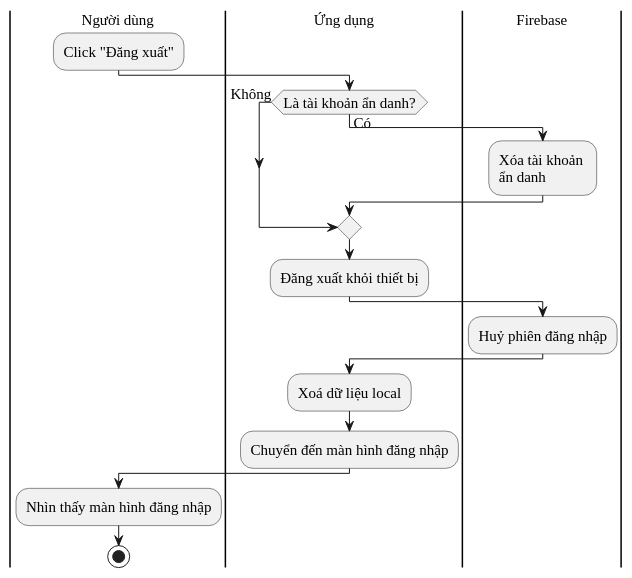
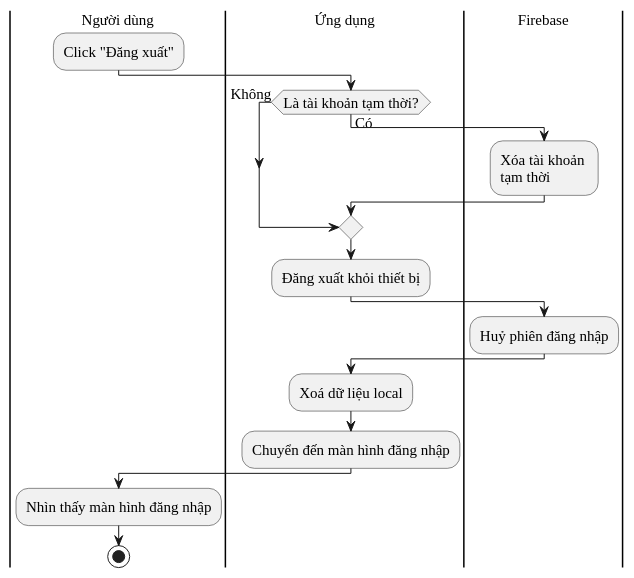
Before and after one commit to thecodinglife320/CookGood: the diagram in diagram/sign_out.puml, drawn with PlantUML. The commit also changed 66 other files, not shown here.

```diff
--- a/diagram/sign_out.puml
+++ b/diagram/sign_out.puml
@@ -1,26 +1,26 @@
 @startuml
 skinparam DefaultFontName "Liberation Serif"
 skinparam DefaultFontSize 15
 
 |Người dùng|
 :Click "Đăng xuất";
 |Ứng dụng|
-if (Là tài khoản ẩn danh?) then (Có)
+if (Là tài khoản tạm thời?) then (Có)
   |Firebase|
-  :Xóa tài khoản \nẩn danh;
+  :Xóa tài khoản \ntạm thời;
   |Ứng dụng|
 else (Không)
   |Ứng dụng|
 endif
   :Đăng xuất khỏi thiết bị;
 
 |Firebase|
 :Huỷ phiên đăng nhập;
 |Ứng dụng|
 :Xoá dữ liệu local;
 :Chuyển đến màn hình đăng nhập;
 |Người dùng|
 :Nhìn thấy màn hình đăng nhập;
 
 stop
 @enduml
```
